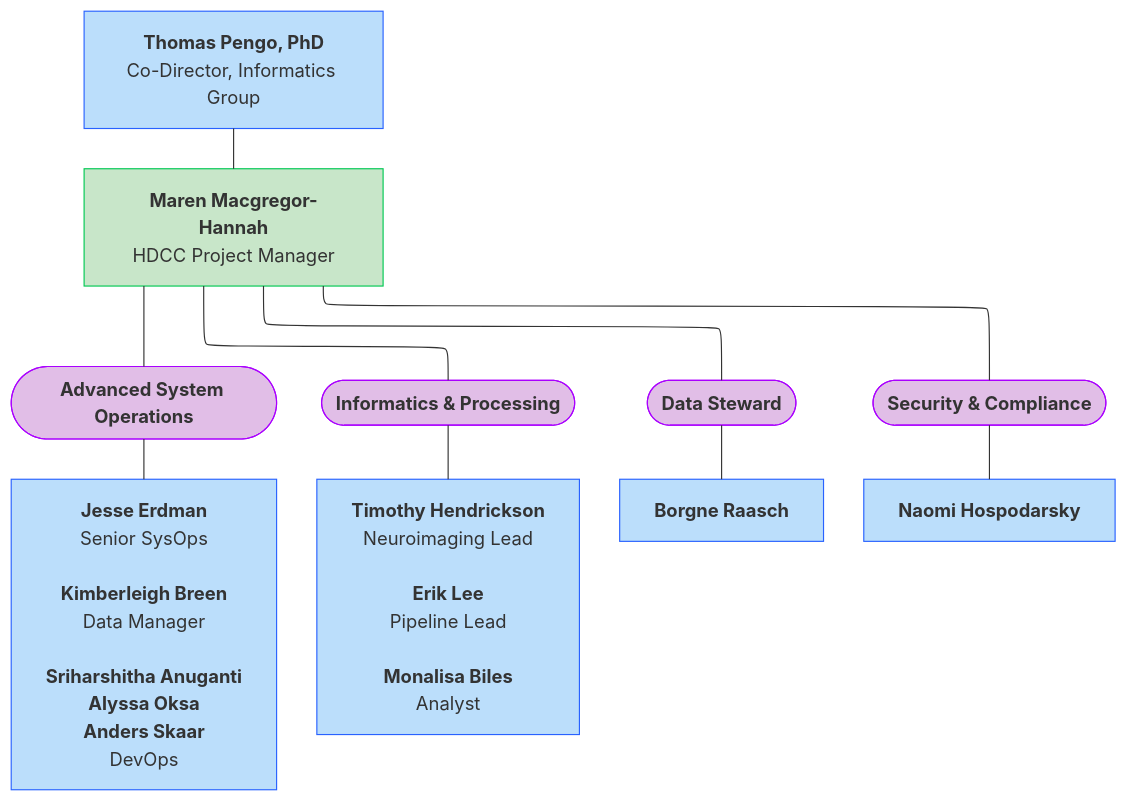
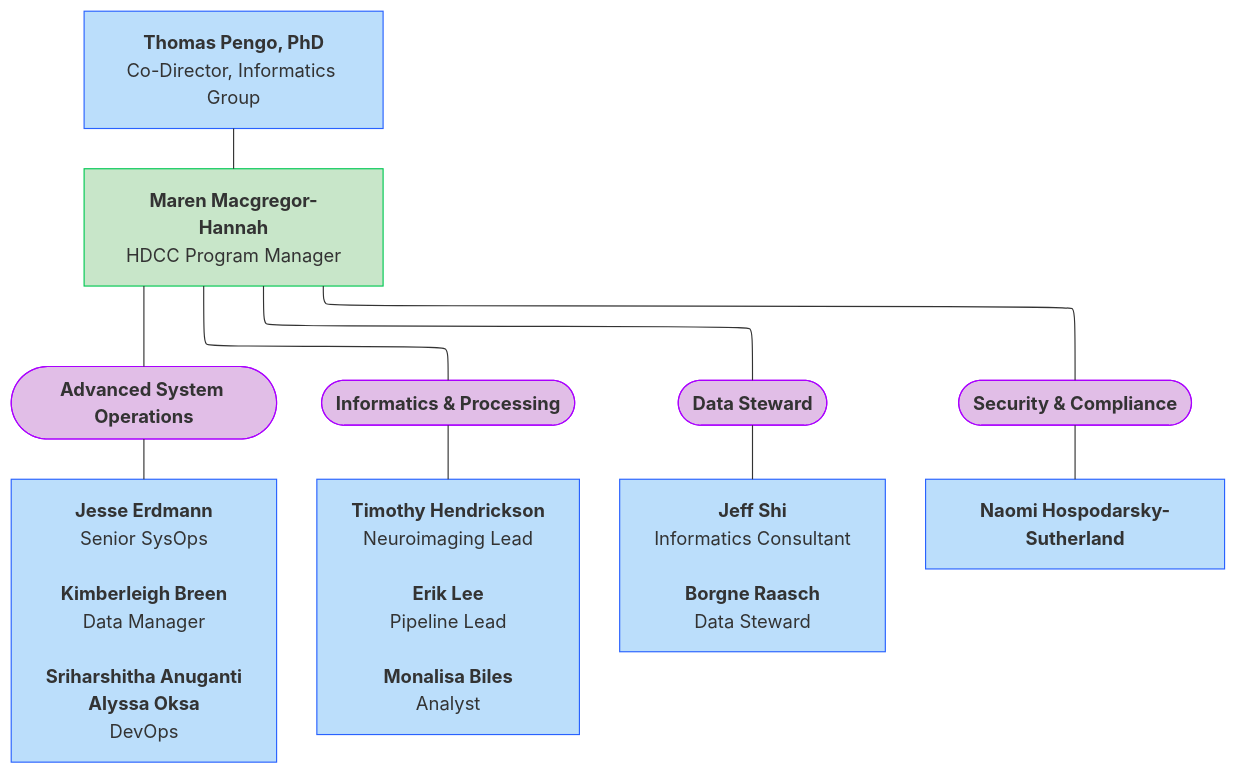
Before and after one commit to DCAN-Labs/hbcd-docs-internal: the ninth of 10 diagrams in docs/orgcharts.md, drawn with Mermaid. The commit also changed other lines of this file, not shown here.

````diff
--- a/docs/orgcharts.md
+++ b/docs/orgcharts.md
@@ -362,24 +362,24 @@
 ```mermaid
 ---
 config:
   layout: elk
 ---
 flowchart TB
-    L["<b>Maren Macgregor-Hannah</b><br>HDCC Project Manager"] --- N(["<b>Advanced System Operations</b>"]) & O(["<b>Informatics &amp; Processing</b>"]) & P(["<b>Data Steward</b>"]) 
+    L["<b>Maren Macgregor-Hannah</b><br>HDCC Program Manager"] --- N(["<b>Advanced System Operations</b>"]) & O(["<b>Informatics &amp; Processing</b>"]) & P(["<b>Data Steward</b>"]) 
     L --- n8(["<b>Security &amp Compliance</b>"])
-    N --- Q["<b>Jesse Erdman</b><br>Senior SysOps<br><br><b>Kimberleigh Breen</b><br>Data Manager<br><br><b>Sriharshitha Anuganti<br>Alyssa Oksa<br>Anders Skaar</b><br>DevOps"]
+    N --- Q["<b>Jesse Erdmann</b><br>Senior SysOps<br><br><b>Kimberleigh Breen</b><br>Data Manager<br><br><b>Sriharshitha Anuganti<br>Alyssa Oksa</b><br>DevOps"]
     O --- n4["<b>Timothy Hendrickson</b><br>Neuroimaging Lead<br><br><b>Erik Lee</b><br>Pipeline Lead<br><br><b>Monalisa Biles</b><br>Analyst"]
-    P --- n7["<b>Borgne Raasch</b>"]
-    n8 --- n9["<b>Naomi Hospodarsky</b>"]
+    P --- n7["<b>Jeff Shi</b><br>Informatics Consultant<br><br><b>Borgne Raasch</b><br>Data Steward"]
+    n8 --- n9["<b>Naomi Hospodarsky-Sutherland</b>"]
     n10["<b>Thomas Pengo, PhD</b><br>Co-Director, Informatics Group"] --- L
     style L fill:#C8E6C9,stroke:#00C853
     style N fill:#E1BEE7,stroke:#AA00FF
     style O fill:#E1BEE7,stroke:#AA00FF
     style P fill:#E1BEE7,stroke:#AA00FF
     style n8 fill:#E1BEE7,stroke:#AA00FF
     style Q fill:#BBDEFB,stroke:#2962FF
     style n4 fill:#BBDEFB,stroke:#2962FF
     style n7 fill:#BBDEFB,stroke:#2962FF
     style n9 fill:#BBDEFB,stroke:#2962FF
     style n10 fill:#BBDEFB,stroke:#2962FF
 ```
````
